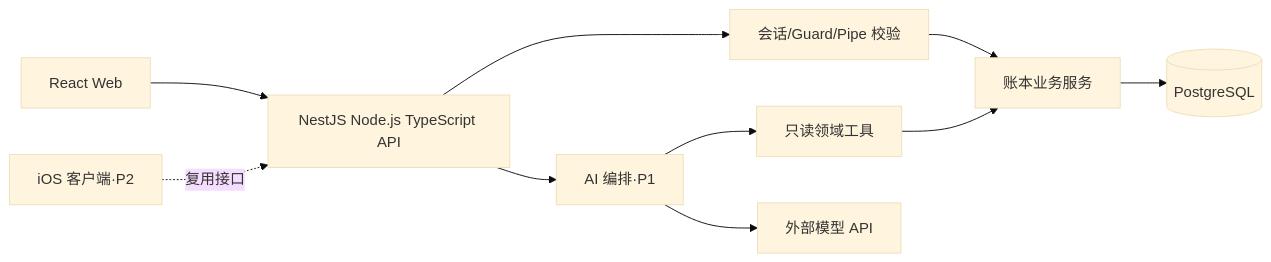
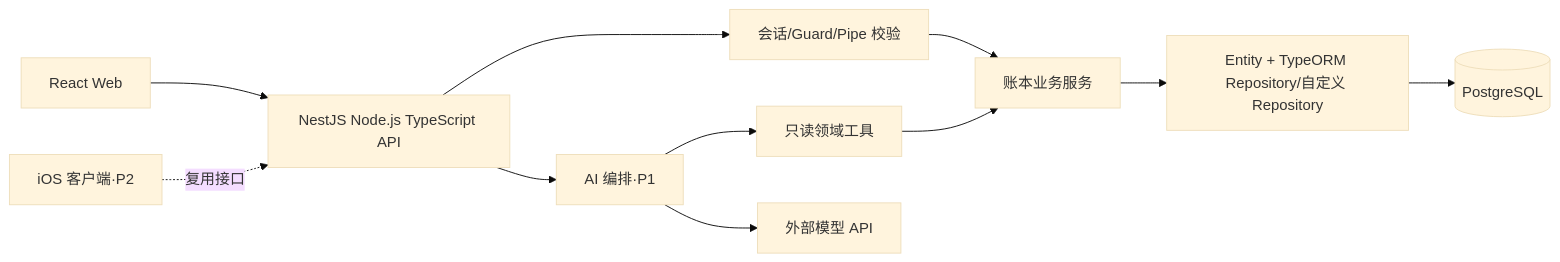
Before and after one commit to zhanglkx/Talk: the first of 2 diagrams in docs/PRD-fullstack-ai-ledger.md, drawn with Mermaid (base theme). The commit also changed other lines of this file and 32 other files, not shown here.

Commit message:
feat: add PostgreSQL TypeORM foundation

````diff
--- a/docs/PRD-fullstack-ai-ledger.md
+++ b/docs/PRD-fullstack-ai-ledger.md
@@ -68,12 +71,13 @@
 ```mermaid
 flowchart LR
   WEB[React Web] --> API[NestJS Node.js TypeScript API]
   IOS[iOS 客户端·P2] -.复用接口.-> API
   API --> AUTH[会话/Guard/Pipe 校验]
   AUTH --> DOMAIN[账本业务服务]
-  DOMAIN --> DB[(PostgreSQL)]
+  DOMAIN --> DATA[Entity + TypeORM Repository/自定义 Repository]
+  DATA --> DB[(PostgreSQL)]
   API --> AGENT[AI 编排·P1]
   AGENT --> TOOL[只读领域工具]
   TOOL --> DOMAIN
   AGENT --> MODEL[外部模型 API]
 ```
````
